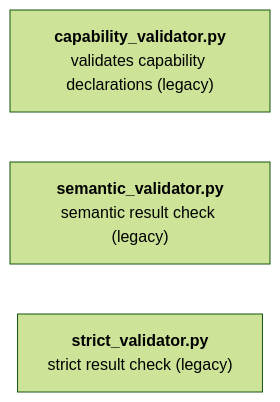
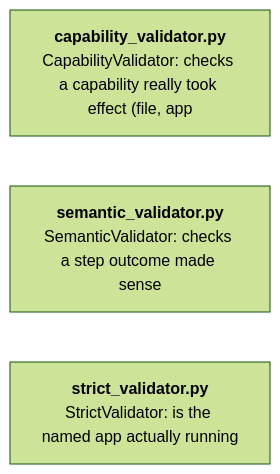
Diagram 38 of 41 in docs/ARCHITECTURE.md (DhanushN2005/Agentic-AI-Desktop-Assistant-), drawn with Mermaid (forest theme) before and after one commit. The commit also changed other lines of this file and 61 other files, not shown here.

````diff
--- a/docs/ARCHITECTURE.md
+++ b/docs/ARCHITECTURE.md
@@ -1254,6 +1262,6 @@
 ```mermaid
 flowchart LR
-    n_verification_capability_validator["<b>capability_validator.py</b><br/>validates capability declarations (legacy)"]
-    n_verification_semantic_validator["<b>semantic_validator.py</b><br/>semantic result check (legacy)"]
-    n_verification_strict_validator["<b>strict_validator.py</b><br/>strict result check (legacy)"]
+    n_verification_capability_validator["<b>capability_validator.py</b><br/>CapabilityValidator: checks a capability really took effect (file, app"]
+    n_verification_semantic_validator["<b>semantic_validator.py</b><br/>SemanticValidator: checks a step outcome made sense"]
+    n_verification_strict_validator["<b>strict_validator.py</b><br/>StrictValidator: is the named app actually running"]
 ```
````
